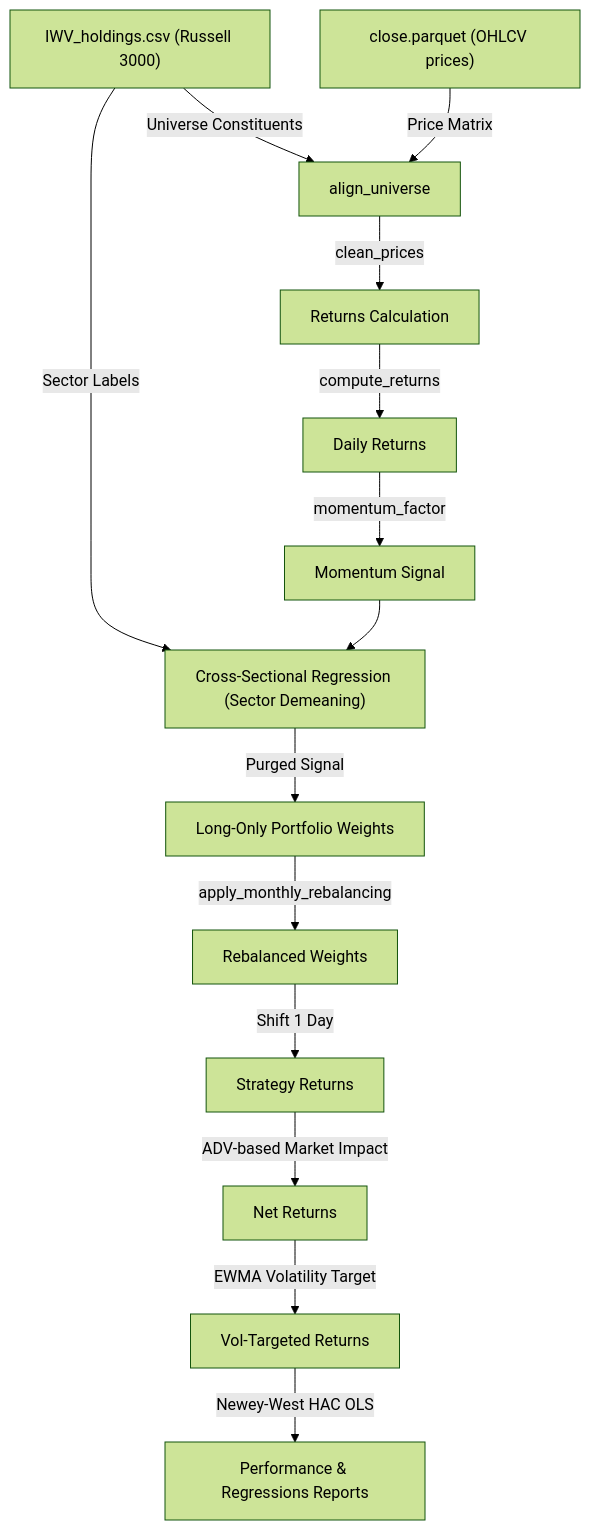
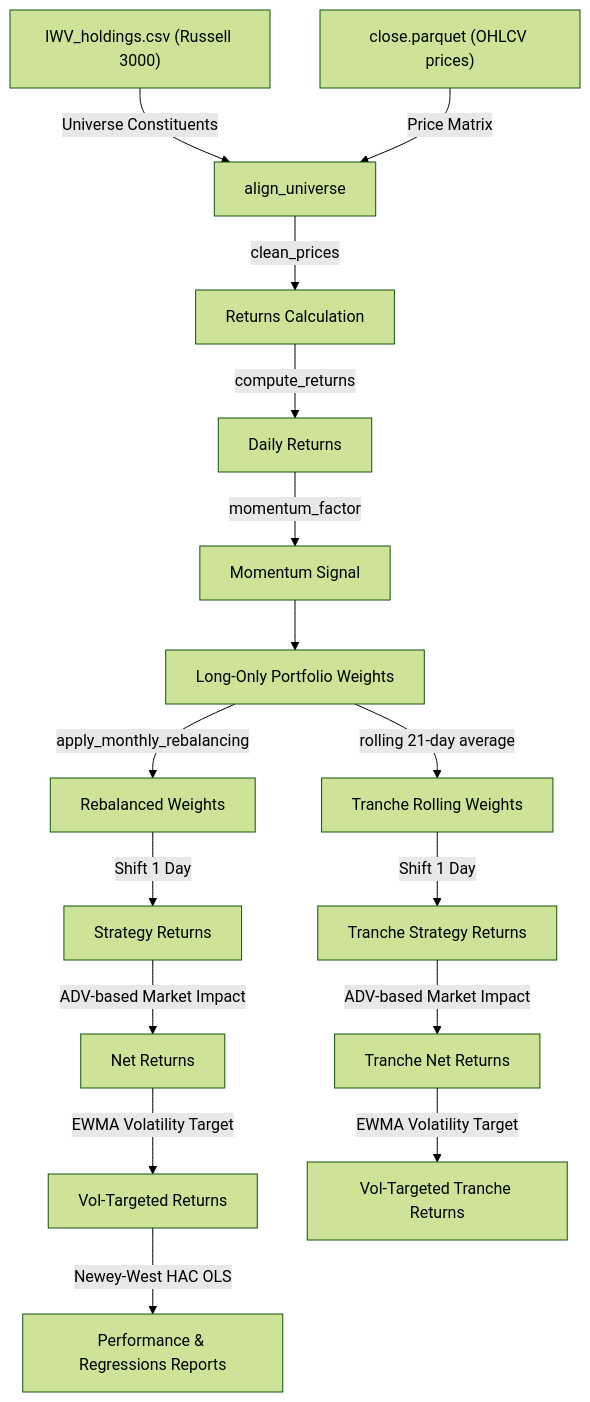
The diagram in README.md (gkompo/empirical-asset-pricing-momentum), drawn with Mermaid (forest theme) before and after one commit. The commit also changed other lines of this file and 11 other files, not shown here.

````diff
--- a/README.md
+++ b/README.md
@@ -9,16 +9,18 @@
 ```mermaid
 graph TD
-    A["IWV_holdings.csv (Russell 3000)"] -->|Sector Labels| G[Sector Neutralization]
-    A -->|Universe Constituents| C[align_universe]
+    A["IWV_holdings.csv (Russell 3000)"] -->|Universe Constituents| C[align_universe]
     B["close.parquet (OHLCV prices)"] -->|Price Matrix| C
     C -->|clean_prices| D[Returns Calculation]
     D -->|compute_returns| E[Daily Returns]
     E -->|momentum_factor| F[Momentum Signal]
-    F --> G["Cross-Sectional Regression (Sector Demeaning)"]
-    G -->|Purged Signal| H[Long-Only Portfolio Weights]
+    F --> H[Long-Only Portfolio Weights]
     H -->|apply_monthly_rebalancing| I[Rebalanced Weights]
+    H -->|rolling 21-day average| I2[Tranche Rolling Weights]
     I -->|Shift 1 Day| J[Strategy Returns]
+    I2 -->|Shift 1 Day| J2[Tranche Strategy Returns]
     J -->|ADV-based Market Impact| K[Net Returns]
+    J2 -->|ADV-based Market Impact| K2[Tranche Net Returns]
     K -->|EWMA Volatility Target| L[Vol-Targeted Returns]
+    K2 -->|EWMA Volatility Target| L2[Vol-Targeted Tranche Returns]
     L -->|Newey-West HAC OLS| M[Performance & Regressions Reports]
 ```
````
